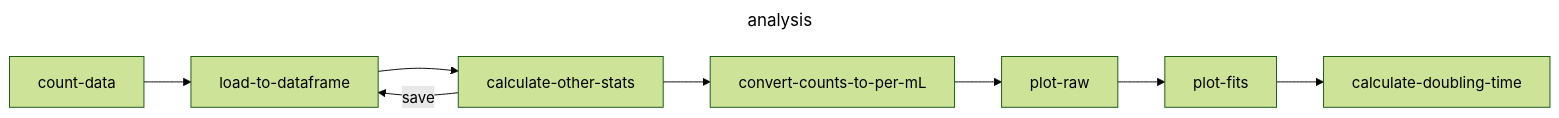
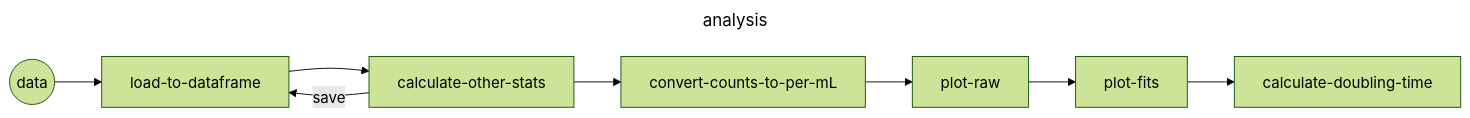
Before and after one commit to Trappy-Scopes/cell-counts: the third of 3 diagrams in README.md, drawn with Mermaid (forest theme). The commit also changed other lines of this file and 10 other files, not shown here.

````diff
--- a/README.md
+++ b/README.md
@@ -35,10 +35,10 @@
 ```mermaid
 ---
 title: analysis
 ---
 graph LR
 
-count-data --> load-to-dataframe --> calculate-other-stats --save-->load-to-dataframe
+data((data)) --> load-to-dataframe --> calculate-other-stats --save-->load-to-dataframe
 calculate-other-stats --> convert-counts-to-per-mL --> plot-raw --> plot-fits --> calculate-doubling-time 
 	
 ```
````
